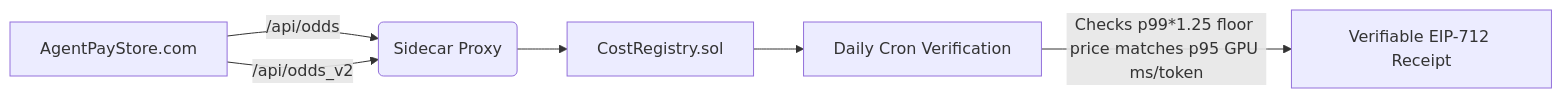
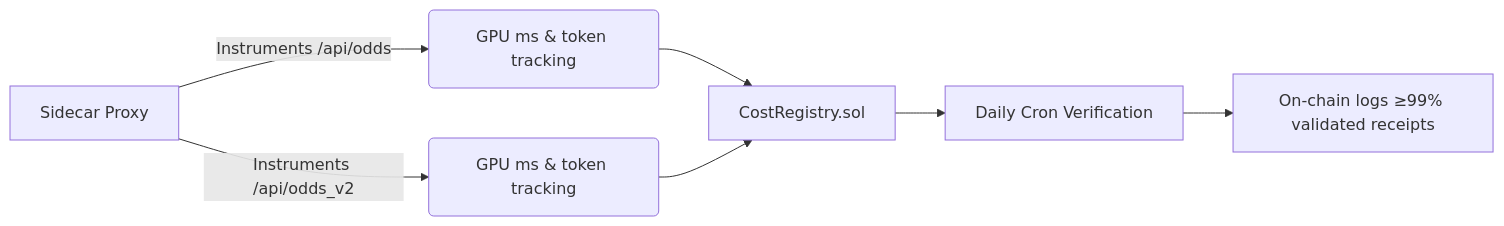
Before and after one commit to shawnhvac/agentworld-prior-art: the diagram in inventions/inv_agentpaystore_compute_cost_oracle_71293.md, drawn with Mermaid. The commit also changed other lines of this file and 33 other files, not shown here.

````diff
--- a/inventions/inv_agentpaystore_compute_cost_oracle_71293.md
+++ b/inventions/inv_agentpaystore_compute_cost_oracle_71293.md
@@ -47,8 +47,3 @@
 ```mermaid
-graph LR
-    A[AgentPayStore.com] -->|/api/odds| B(Sidecar Proxy)
-    A -->|/api/odds_v2| B
-    B --> C[CostRegistry.sol]
-    C --> D[Daily Cron Verification]
-    D -->|Checks p99*1.25 floor price matches p95 GPU ms/token| E[Verifiable EIP-712 Receipt]
+graph LR; A[Sidecar Proxy] -->|Instruments /api/odds| B(GPU ms & token tracking); A -->|Instruments /api/odds_v2| C(GPU ms & token tracking); B --> D[CostRegistry.sol]; C --> D; D --> E[Daily Cron Verification]; E --> F[On-chain logs ≥99% validated receipts]
 ```
````
